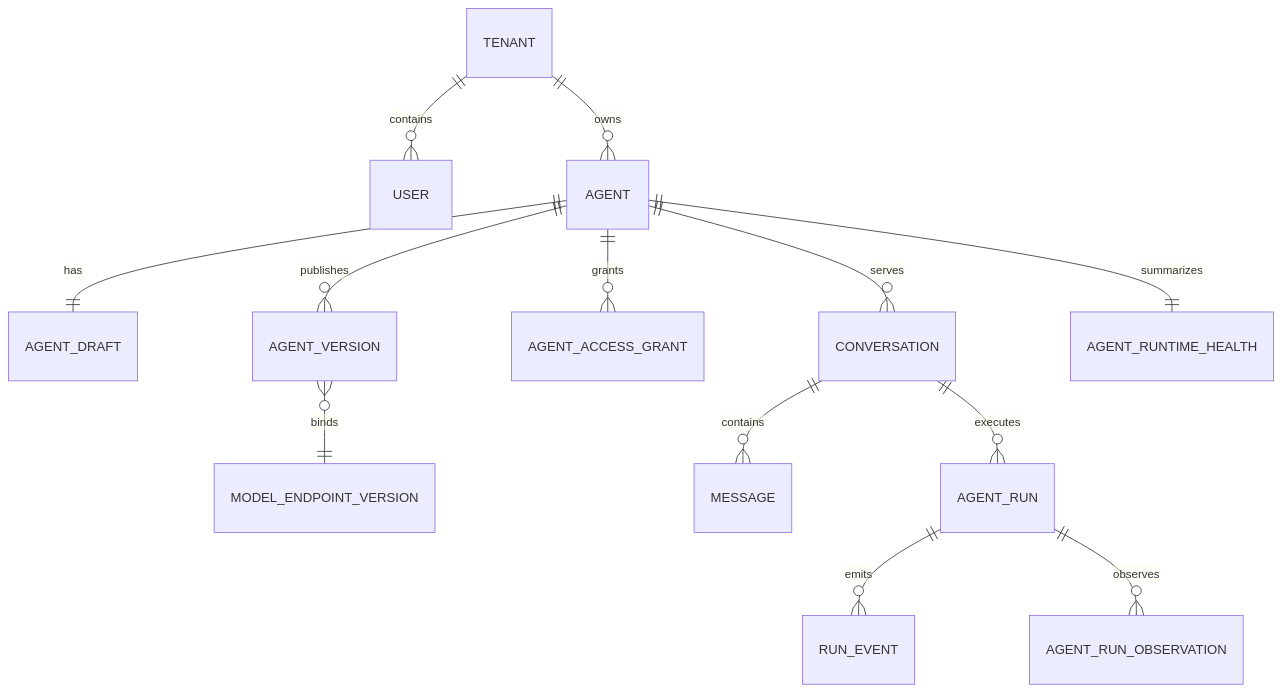
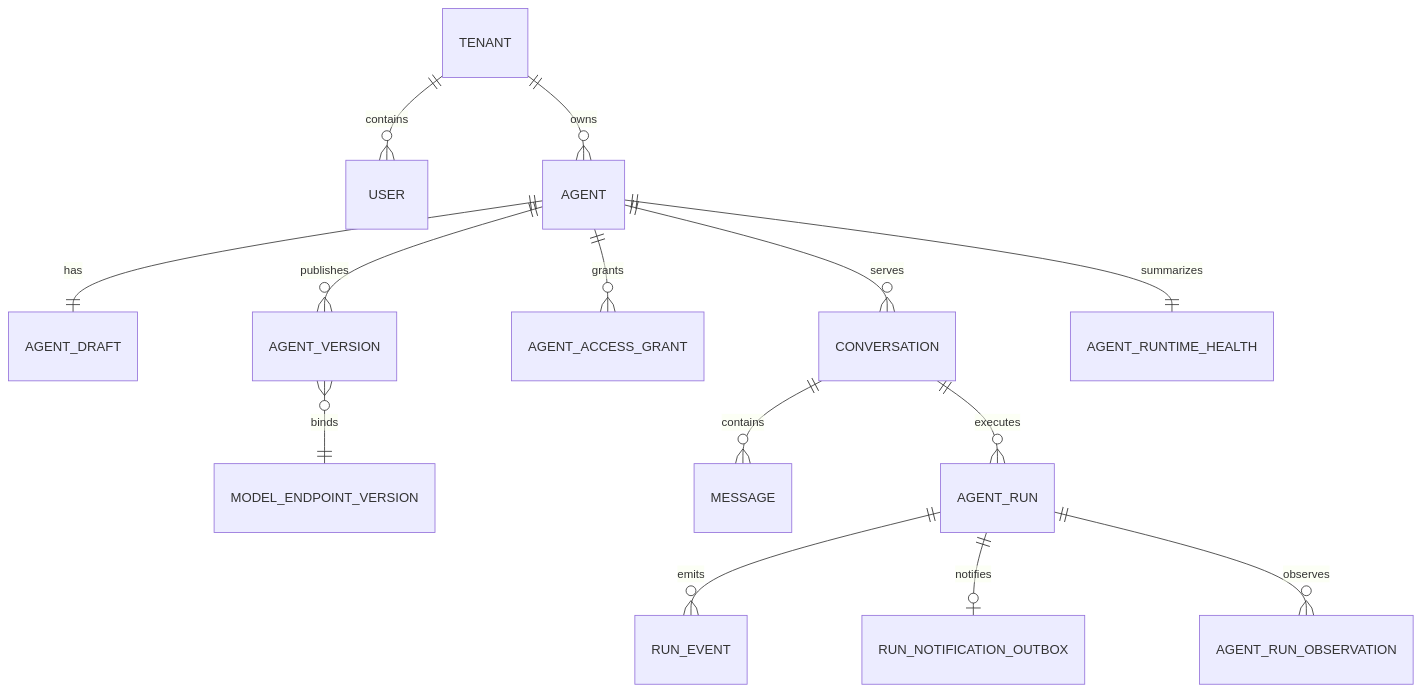
Before and after one commit to zdliuccit/supportops-agent: the diagram in docs/03-data-model.md, drawn with Mermaid. The commit also changed other lines of this file and 97 other files, not shown here.

````diff
--- a/docs/03-data-model.md
+++ b/docs/03-data-model.md
@@ -5,15 +5,16 @@
 ```mermaid
 erDiagram
     TENANT ||--o{ USER : contains
     TENANT ||--o{ AGENT : owns
     AGENT ||--|| AGENT_DRAFT : has
     AGENT ||--o{ AGENT_VERSION : publishes
     AGENT_VERSION }o--|| MODEL_ENDPOINT_VERSION : binds
     AGENT ||--o{ AGENT_ACCESS_GRANT : grants
     AGENT ||--o{ CONVERSATION : serves
     CONVERSATION ||--o{ MESSAGE : contains
     CONVERSATION ||--o{ AGENT_RUN : executes
     AGENT_RUN ||--o{ RUN_EVENT : emits
+    AGENT_RUN ||--o| RUN_NOTIFICATION_OUTBOX : notifies
     AGENT_RUN ||--o{ AGENT_RUN_OBSERVATION : observes
     AGENT ||--|| AGENT_RUNTIME_HEALTH : summarizes
 ```
````
